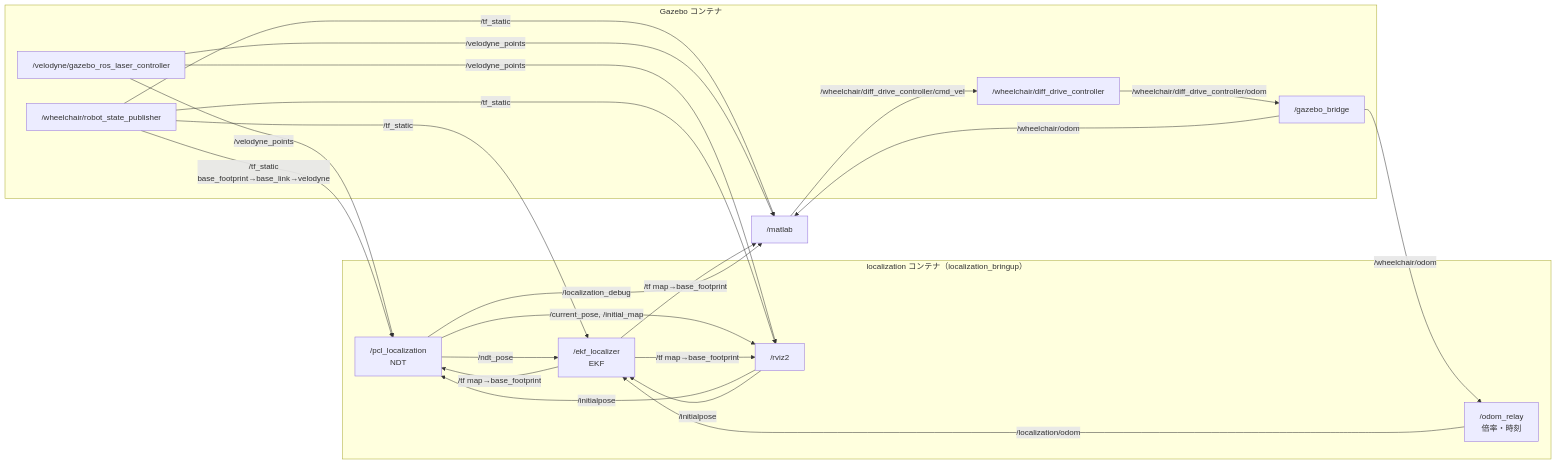
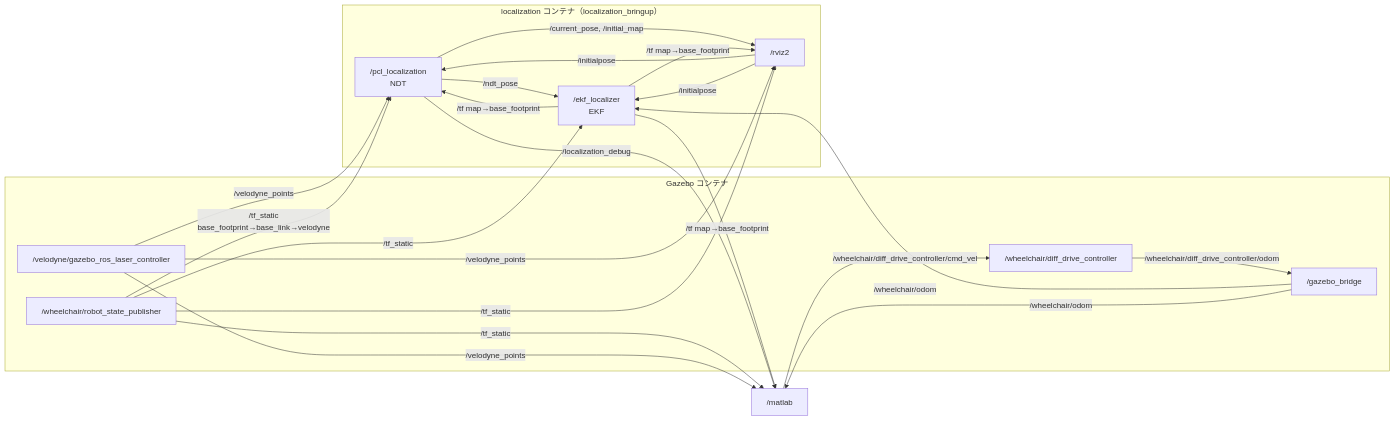
One commit to MaeharaTakumi/localization_bringup changed the first of 3 diagrams in docs/node_graph.md. Above: the diagram before and after it, drawn with Mermaid. The commit also changed other lines of this file and 25 other files, not shown here.

Commit message:
Per-environment folders param/<env>/ (env.yaml and one yaml per node); remove odom_relay, joint_state_odometry and topic remapping in env

````diff
--- a/docs/node_graph.md
+++ b/docs/node_graph.md
@@ -9,42 +10,40 @@
 ```mermaid
 flowchart LR
   subgraph GZ["Gazebo コンテナ"]
     laser["/velodyne/gazebo_ros_laser_controller"]
     ddc["/wheelchair/diff_drive_controller"]
     bridge["/gazebo_bridge"]
     rsp["/wheelchair/robot_state_publisher"]
   end
 
   subgraph LOC["localization コンテナ（localization_bringup）"]
     ndt["/pcl_localization<br/>NDT"]
-    orelay["/odom_relay<br/>倍率・時刻"]
     ekf["/ekf_localizer<br/>EKF"]
     rviz["/rviz2"]
   end
 
   matlab["/matlab"]
 
   laser -->|"/velodyne_points"| ndt
   ddc -->|"/wheelchair/diff_drive_controller/odom"| bridge
-  bridge -->|"/wheelchair/odom"| orelay
-  orelay -->|"/localization/odom"| ekf
+  bridge -->|"/wheelchair/odom"| ekf
   rsp -->|"/tf_static<br/>base_footprint→base_link→velodyne"| ndt
   rsp -->|"/tf_static"| ekf
 
   ndt -->|"/ndt_pose"| ekf
   ekf -->|"/tf map→base_footprint"| ndt
 
   ekf -->|"/tf map→base_footprint"| matlab
   rsp -->|"/tf_static"| matlab
   ndt -->|"/localization_debug"| matlab
   laser -->|"/velodyne_points"| matlab
   bridge -->|"/wheelchair/odom"| matlab
   matlab -->|"/wheelchair/diff_drive_controller/cmd_vel"| ddc
 
   laser -->|"/velodyne_points"| rviz
   ndt -->|"/current_pose, /initial_map"| rviz
   ekf -->|"/tf map→base_footprint"| rviz
   rsp -->|"/tf_static"| rviz
   rviz -->|"/initialpose"| ndt
   rviz -->|"/initialpose"| ekf
 ```
````
